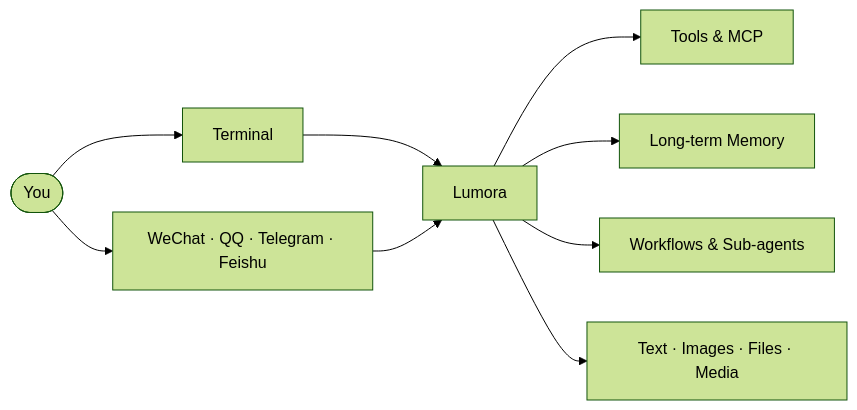
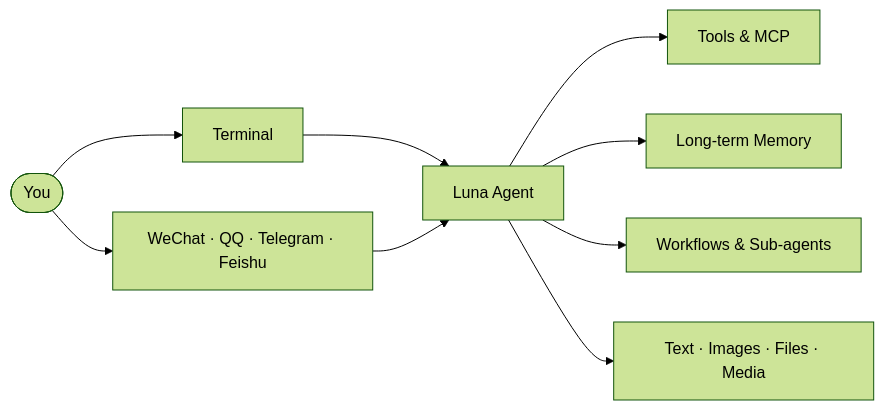
The diagram in README.md (sjs126y/luna-agent), drawn with Mermaid (forest theme) before and after one commit. The commit also changed other lines of this file and 20 other files, not shown here.

Commit message:
Refresh Luna Agent documentation

````diff
--- a/README.md
+++ b/README.md
@@ -60,11 +60,11 @@
 ```mermaid
 flowchart LR
     You([You]) --> TUI[Terminal]
     You --> Apps[WeChat · QQ · Telegram · Feishu]
-    TUI --> Lumora[Lumora]
-    Apps --> Lumora
-    Lumora --> Tools[Tools & MCP]
-    Lumora --> Memory[Long-term Memory]
-    Lumora --> Tasks[Workflows & Sub-agents]
-    Lumora --> Reply[Text · Images · Files · Media]
+    TUI --> LunaAgent[Luna Agent]
+    Apps --> LunaAgent
+    LunaAgent --> Tools[Tools & MCP]
+    LunaAgent --> Memory[Long-term Memory]
+    LunaAgent --> Tasks[Workflows & Sub-agents]
+    LunaAgent --> Reply[Text · Images · Files · Media]
 ```
````
